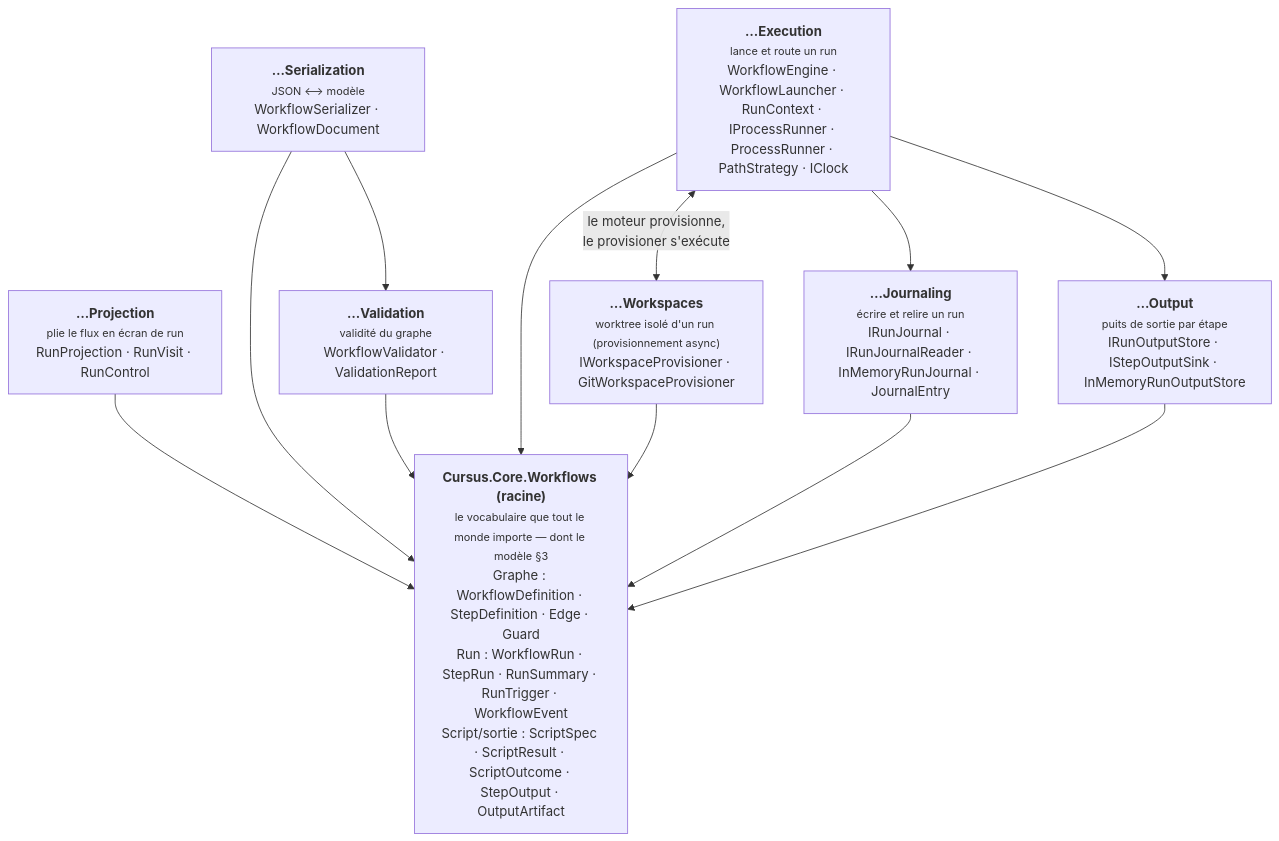
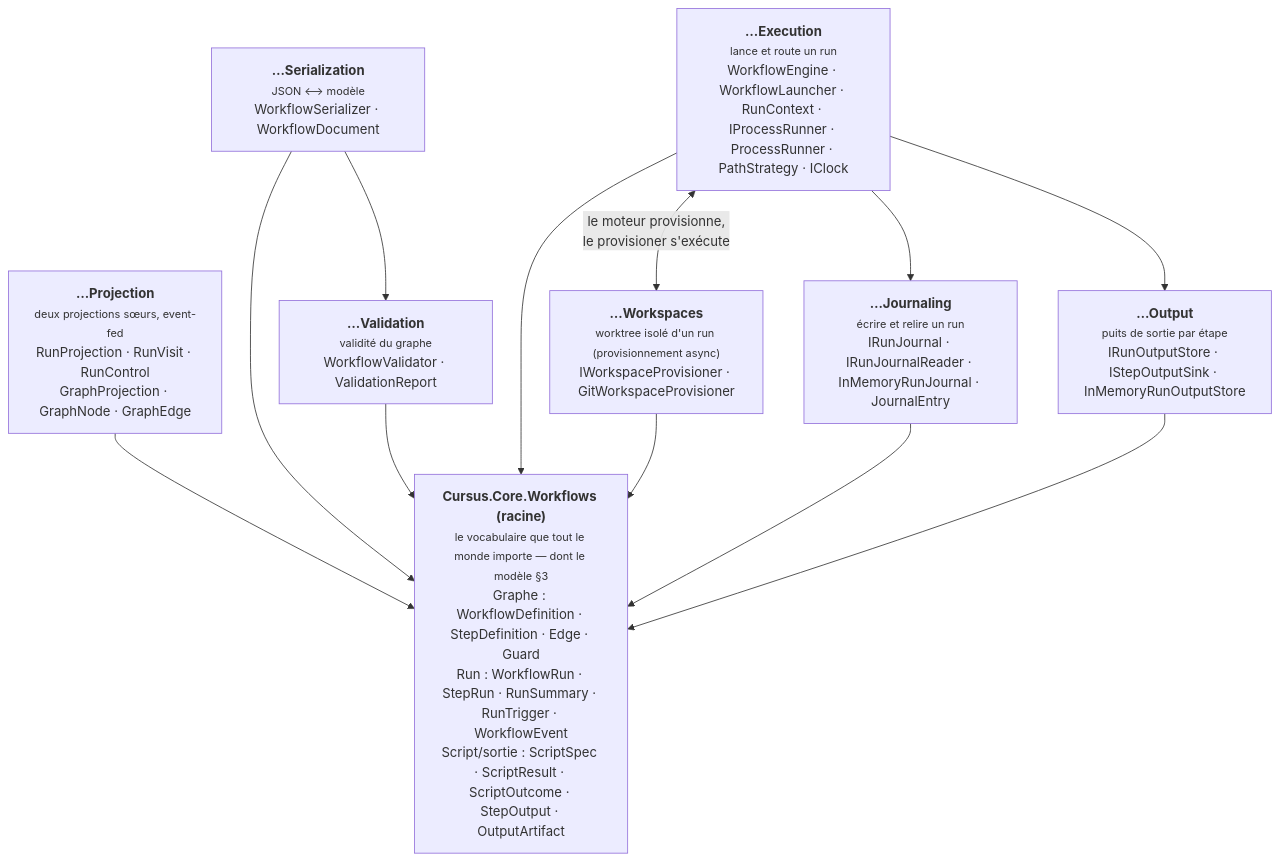
Before and after one commit to Apemb/Cursus: the fifth of 10 diagrams in docs/design/schemas.md, drawn with Mermaid. The commit also changed 4 other files, not shown here.

````diff
--- a/docs/design/schemas.md
+++ b/docs/design/schemas.md
@@ -295,24 +295,24 @@
 ```mermaid
 flowchart TB
   root["<b>Cursus.Core.Workflows (racine)</b><br/><small>le vocabulaire que tout le monde importe — dont le modèle §3</small><br/>Graphe : WorkflowDefinition · StepDefinition · Edge · Guard<br/>Run : WorkflowRun · StepRun · RunSummary · RunTrigger · WorkflowEvent<br/>Script/sortie : ScriptSpec · ScriptResult · ScriptOutcome · StepOutput · OutputArtifact"]
 
   Exec["<b>…Execution</b><br/><small>lance et route un run</small><br/>WorkflowEngine · WorkflowLauncher · RunContext · IProcessRunner · ProcessRunner · PathStrategy · IClock"]
-  Proj["<b>…Projection</b><br/><small>plie le flux en écran de run</small><br/>RunProjection · RunVisit · RunControl"]
+  Proj["<b>…Projection</b><br/><small>deux projections sœurs, event-fed</small><br/>RunProjection · RunVisit · RunControl<br/>GraphProjection · GraphNode · GraphEdge"]
   Ser["<b>…Serialization</b><br/><small>JSON ⟷ modèle</small><br/>WorkflowSerializer · WorkflowDocument"]
   Val["<b>…Validation</b><br/><small>validité du graphe</small><br/>WorkflowValidator · ValidationReport"]
   Jou["<b>…Journaling</b><br/><small>écrire et relire un run</small><br/>IRunJournal · IRunJournalReader · InMemoryRunJournal · JournalEntry"]
   Out["<b>…Output</b><br/><small>puits de sortie par étape</small><br/>IRunOutputStore · IStepOutputSink · InMemoryRunOutputStore"]
   Wsp["<b>…Workspaces</b><br/><small>worktree isolé d'un run (provisionnement async)</small><br/>IWorkspaceProvisioner · GitWorkspaceProvisioner"]
 
   Exec --> root
   Proj --> root
   Ser --> root
   Val --> root
   Jou --> root
   Out --> root
   Wsp --> root
   Ser --> Val
   Exec <-->|"le moteur provisionne,<br/>le provisioner s'exécute"| Wsp
   Exec --> Jou
   Exec --> Out
 ```
````
